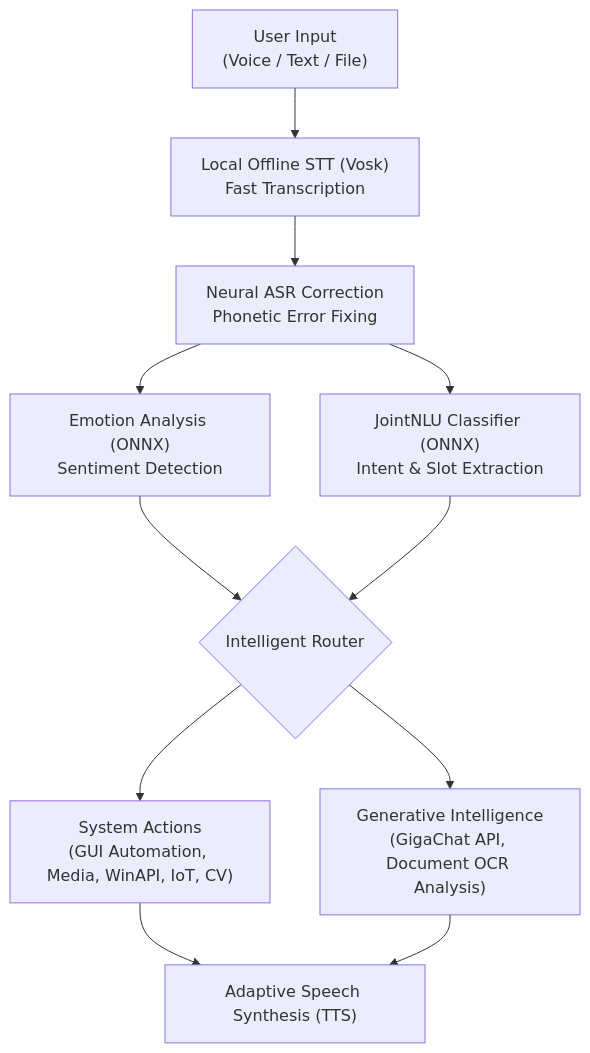
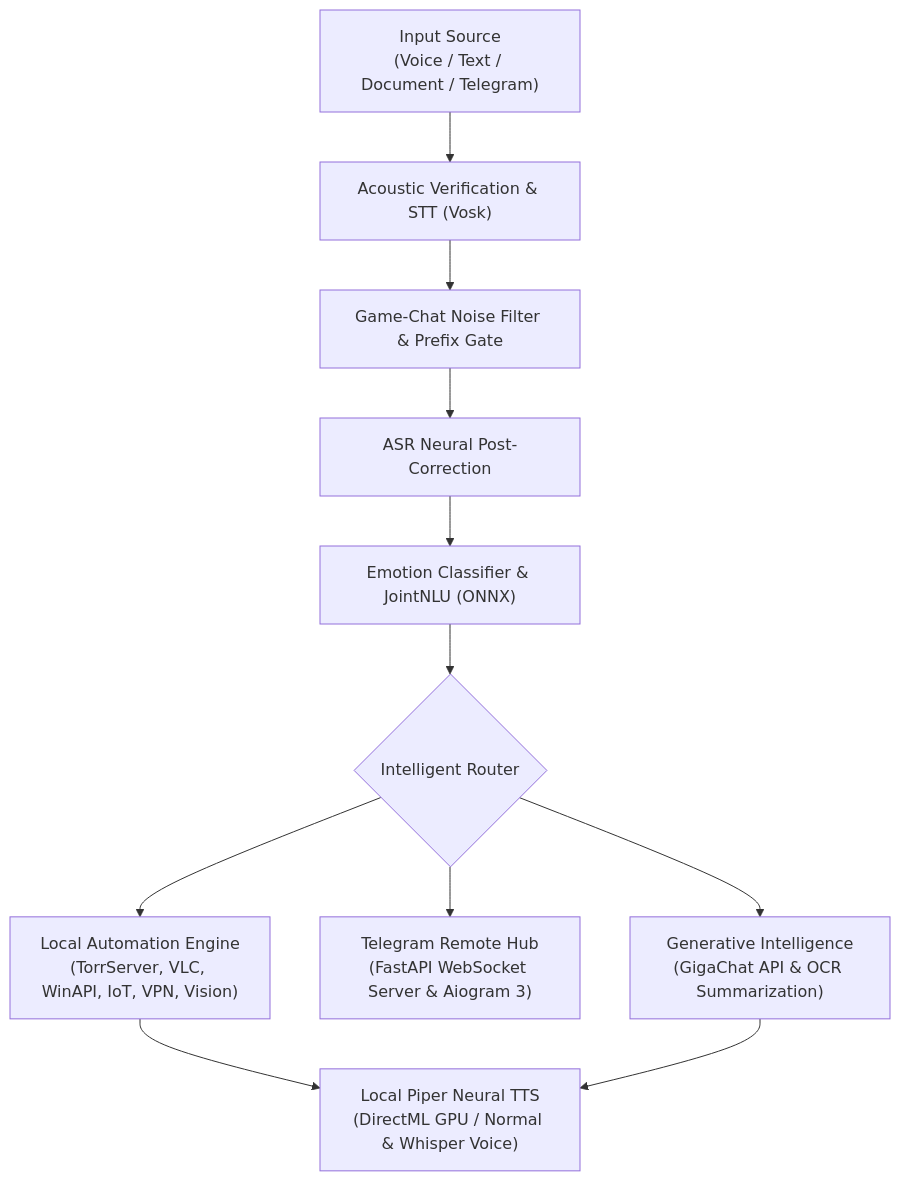
The first of 2 diagrams in README.md (RaccoonKa/Akira), drawn with Mermaid before and after one commit. The commit also changed other lines of this file, not shown here.

````diff
--- a/README.md
+++ b/README.md
@@ -84,13 +85,14 @@
 ```mermaid
 flowchart TD
-    A["User Input<br>(Voice / Text / File)"] --> B["Local Offline STT (Vosk)<br>Fast Transcription"]
-    B --> C["Neural ASR Correction<br>Phonetic Error Fixing"]
-    C --> D["Emotion Analysis (ONNX)<br>Sentiment Detection"]
-    C --> E["JointNLU Classifier (ONNX)<br>Intent & Slot Extraction"]
-    D --> F{"Intelligent Router"}
-    E --> F
-    F --> G["System Actions<br>(GUI Automation, Media, WinAPI, IoT, CV)"]
-    F --> H["Generative Intelligence<br>(GigaChat API, Document OCR Analysis)"]
-    G --> I["Adaptive Speech Synthesis (TTS)"]
-    H --> I
+    A["Input Source<br>(Voice / Text / Document / Telegram)"] --> B["Acoustic Verification & STT (Vosk)"]
+    B --> C["Game-Chat Noise Filter & Prefix Gate"]
+    C --> D["ASR Neural Post-Correction"]
+    D --> E["Emotion Classifier & JointNLU (ONNX)"]
+    E --> F{"Intelligent Router"}
+    F --> G["Local Automation Engine<br>(TorrServer, VLC, WinAPI, IoT, VPN, Vision)"]
+    F --> H["Telegram Remote Hub<br>(FastAPI WebSocket Server & Aiogram 3)"]
+    F --> I["Generative Intelligence<br>(GigaChat API & OCR Summarization)"]
+    G --> J["Local Piper Neural TTS<br>(DirectML GPU / Normal & Whisper Voice)"]
+    I --> J
+
 ```
````
